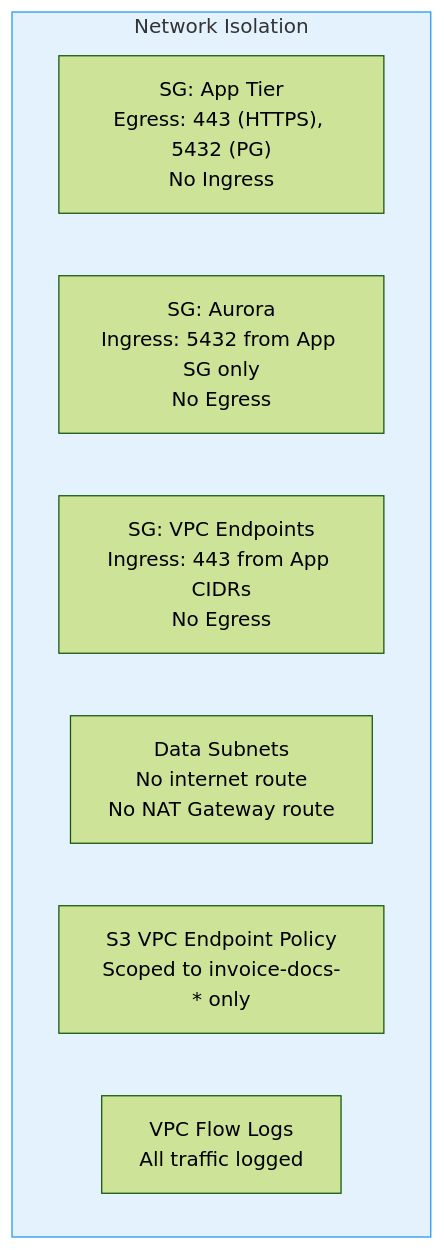
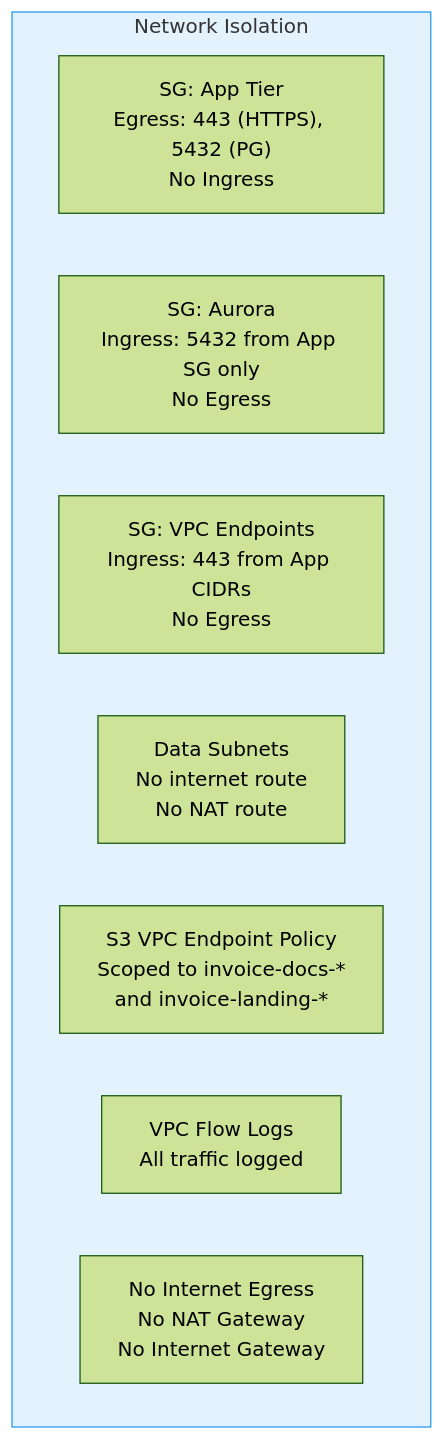
Before and after one commit to kumarmedasani/invoice-document-storage: the tenth of 10 diagrams in docs/ARCHITECTURE.md, drawn with Mermaid (forest theme). The commit also changed other lines of this file and 7 other files, not shown here.

````diff
--- a/docs/ARCHITECTURE.md
+++ b/docs/ARCHITECTURE.md
@@ -439,13 +450,14 @@
 ```mermaid
 graph TD
     subgraph NetworkBoundary["Network Isolation"]
         AppSG["SG: App Tier<br/>Egress: 443 (HTTPS), 5432 (PG)<br/>No Ingress"]
         AuroraSG["SG: Aurora<br/>Ingress: 5432 from App SG only<br/>No Egress"]
         VPCESG["SG: VPC Endpoints<br/>Ingress: 443 from App CIDRs<br/>No Egress"]
-        DataSubnet["Data Subnets<br/>No internet route<br/>No NAT Gateway route"]
-        S3Policy["S3 VPC Endpoint Policy<br/>Scoped to invoice-docs-* only"]
+        DataSubnet["Data Subnets<br/>No internet route<br/>No NAT route"]
+        S3Policy["S3 VPC Endpoint Policy<br/>Scoped to invoice-docs-*<br/>and invoice-landing-*"]
         FlowLogs["VPC Flow Logs<br/>All traffic logged"]
+        NoEgress["No Internet Egress<br/>No NAT Gateway<br/>No Internet Gateway"]
     end
 
     style NetworkBoundary fill:#e3f2fd,stroke:#2196f3
 ```
````
